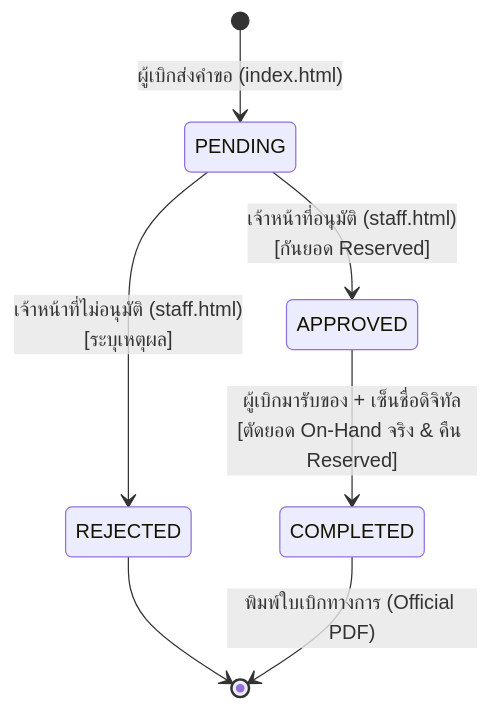
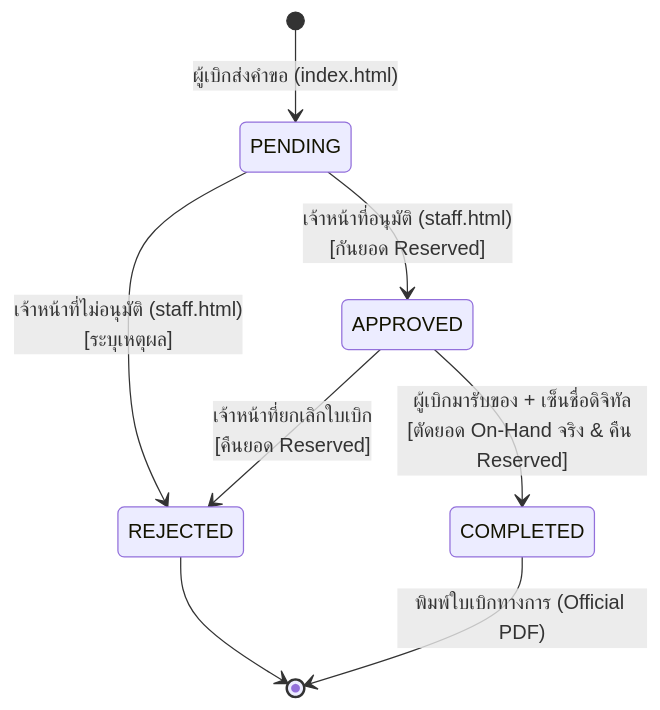
Before and after one commit to itsmekritsanai/stock-order-sdu: the third of 3 diagrams in PROJECT_CONTEXT.md, drawn with Mermaid. The commit also changed other lines of this file and 97 other files, not shown here.

````diff
--- a/PROJECT_CONTEXT.md
+++ b/PROJECT_CONTEXT.md
@@ -110,9 +111,10 @@
 ```mermaid
 stateDiagram-v2
     [*] --> PENDING: ผู้เบิกส่งคำขอ (index.html)
     PENDING --> APPROVED: เจ้าหน้าที่อนุมัติ (staff.html)<br/>[กันยอด Reserved]
     PENDING --> REJECTED: เจ้าหน้าที่ไม่อนุมัติ (staff.html)<br/>[ระบุเหตุผล]
     APPROVED --> COMPLETED: ผู้เบิกมารับของ + เซ็นชื่อดิจิทัล<br/>[ตัดยอด On-Hand จริง & คืน Reserved]
+    APPROVED --> REJECTED: เจ้าหน้าที่ยกเลิกใบเบิก<br/>[คืนยอด Reserved]
     REJECTED --> [*]
     COMPLETED --> [*]: พิมพ์ใบเบิกทางการ (Official PDF)
 ```
````
